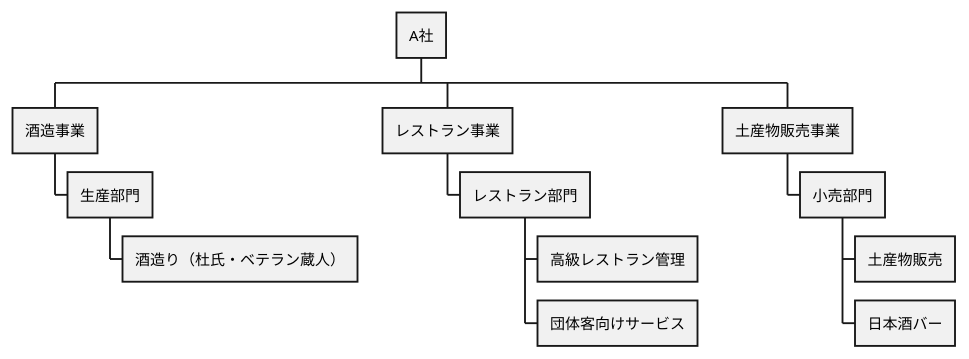
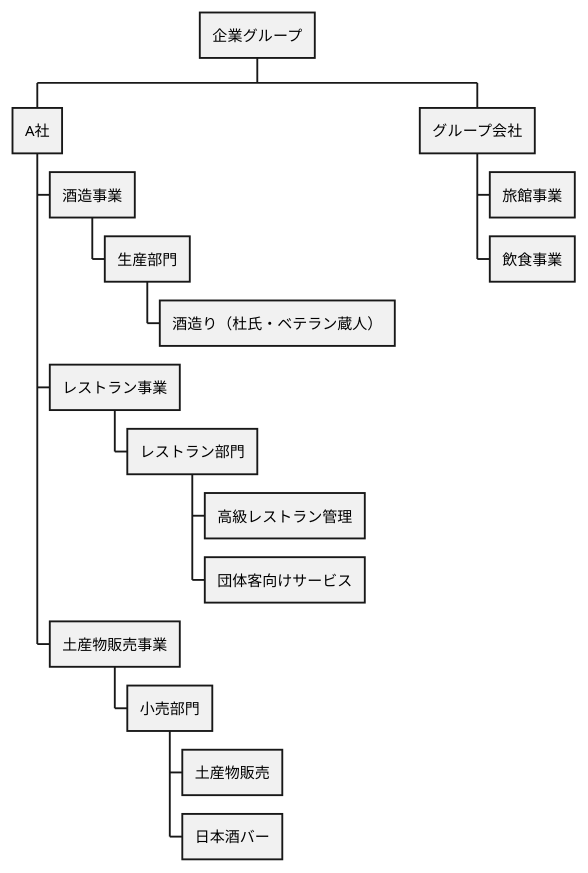
The first of 19 diagrams in docs/case/r02_case_1.adoc (k2works/case-study-business-analysis), drawn with PlantUML before and after one commit. The commit also changed other lines of this file, not shown here.

```diff
--- a/docs/case/r02_case_1.adoc
+++ b/docs/case/r02_case_1.adoc
@@ -41,19 +41,23 @@
 [plantuml]
 ----
 @startwbs
 
-* A社
-** 酒造事業
-*** 生産部門
-**** 酒造り（杜氏・ベテラン蔵人）
-** レストラン事業
-*** レストラン部門
-**** 高級レストラン管理
-**** 団体客向けサービス
-** 土産物販売事業
-*** 小売部門
-**** 土産物販売
-**** 日本酒バー
+* 企業グループ
+** A社
+*** 酒造事業
+**** 生産部門
+***** 酒造り（杜氏・ベテラン蔵人）
+*** レストラン事業
+**** レストラン部門
+***** 高級レストラン管理
+***** 団体客向けサービス
+*** 土産物販売事業
+**** 小売部門
+***** 土産物販売
+***** 日本酒バー
+** グループ会社
+*** 旅館事業
+*** 飲食事業
 
 @endwbs
 ----
```
